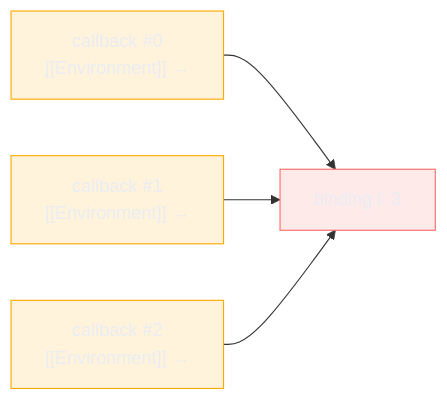
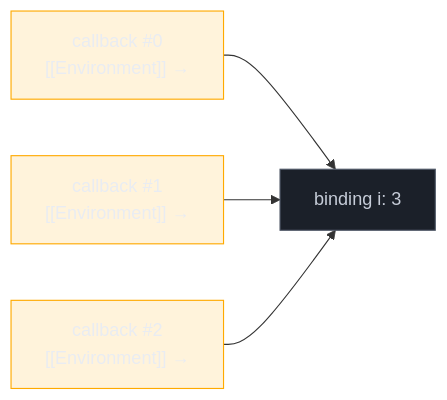
Before and after one commit to josenaldo/codex-technomanticus: the second of 2 diagrams in 03-Dominios/Tecnologia/JavaScript/10 - Closures.md, drawn with Mermaid. The commit also changed 601 other files, not shown here.

````diff
--- a/03-Dominios/Tecnologia/JavaScript/10 - Closures.md
+++ b/03-Dominios/Tecnologia/JavaScript/10 - Closures.md
@@ -232,13 +232,13 @@
 ```mermaid
 graph LR
-    classDef falha fill:#FF6B6B24,stroke:#FF6B6B,color:#E9ECF2
+    classDef neutro fill:#1B2029,stroke:#4E5666,color:#C6CCD8
     classDef destaque fill:#FFAA0024,stroke:#FFAA00,color:#E9ECF2
     B1["callback #0\n[[Environment]] →"] --> S["binding i: 3"]
     B2["callback #1\n[[Environment]] →"] --> S
     B3["callback #2\n[[Environment]] →"] --> S
 
-    class S falha
+    class S neutro
     class B1 destaque
     class B2 destaque
     class B3 destaque
 ```
````
